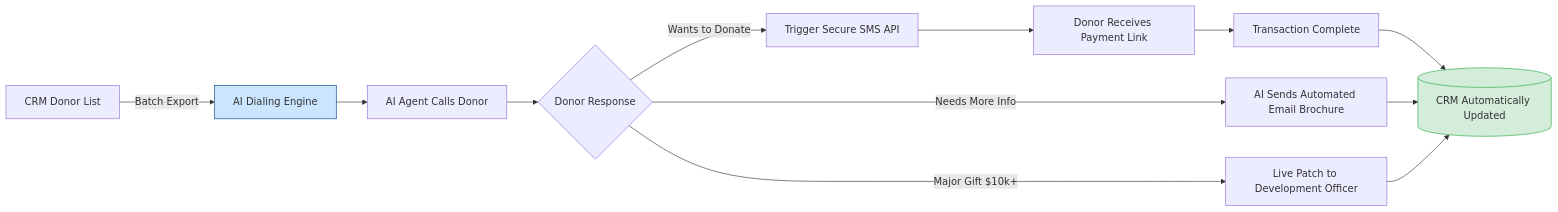
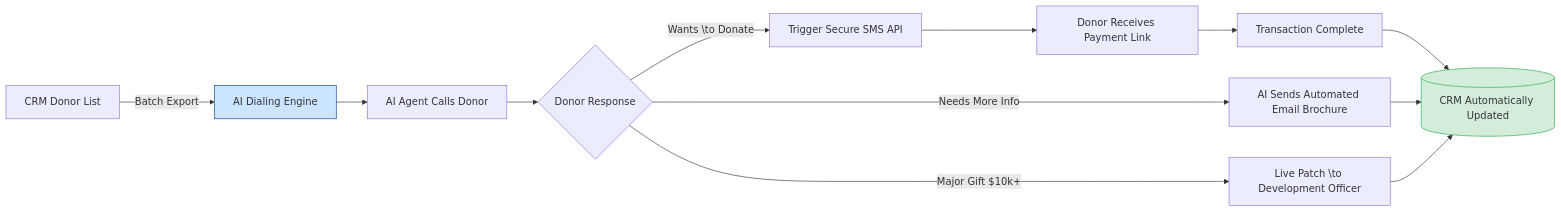
Before and after one commit to ajitesh123/auto-interview: the diagram in data/blog/ai-calling-for-nonprofits-fundraising-donation-outreach-2026.mdx, drawn with Mermaid. The commit also changed other lines of this file and 359 other files, not shown here.

````diff
--- a/data/blog/ai-calling-for-nonprofits-fundraising-donation-outreach-2026.mdx
+++ b/data/blog/ai-calling-for-nonprofits-fundraising-donation-outreach-2026.mdx
@@ -80,21 +80,21 @@
 ```mermaid
 graph LR
     A[CRM Donor List] -->|Batch Export| B[AI Dialing Engine]
     B --> C[AI Agent Calls Donor]
     C --> D{Donor Response}
 
-    D -->|Wants to Donate| E[Trigger Secure SMS API]
+    D -->|Wants \to Donate| E[Trigger Secure SMS API]
     E --> F[Donor Receives Payment Link]
     F --> G[Transaction Complete]
 
     D -->|Needs More Info| H[AI Sends Automated Email Brochure]
 
-    D -->|Major Gift $10k+| I[Live Patch to Development Officer]
+    D -->|Major Gift $10k+| I[Live Patch \to Development Officer]
 
     G --> J[(CRM Automatically Updated)]
     H --> J
     I --> J
 
     style B fill:#cce5ff,stroke:#004085
     style J fill:#d4edda,stroke:#28a745
 ```
````
